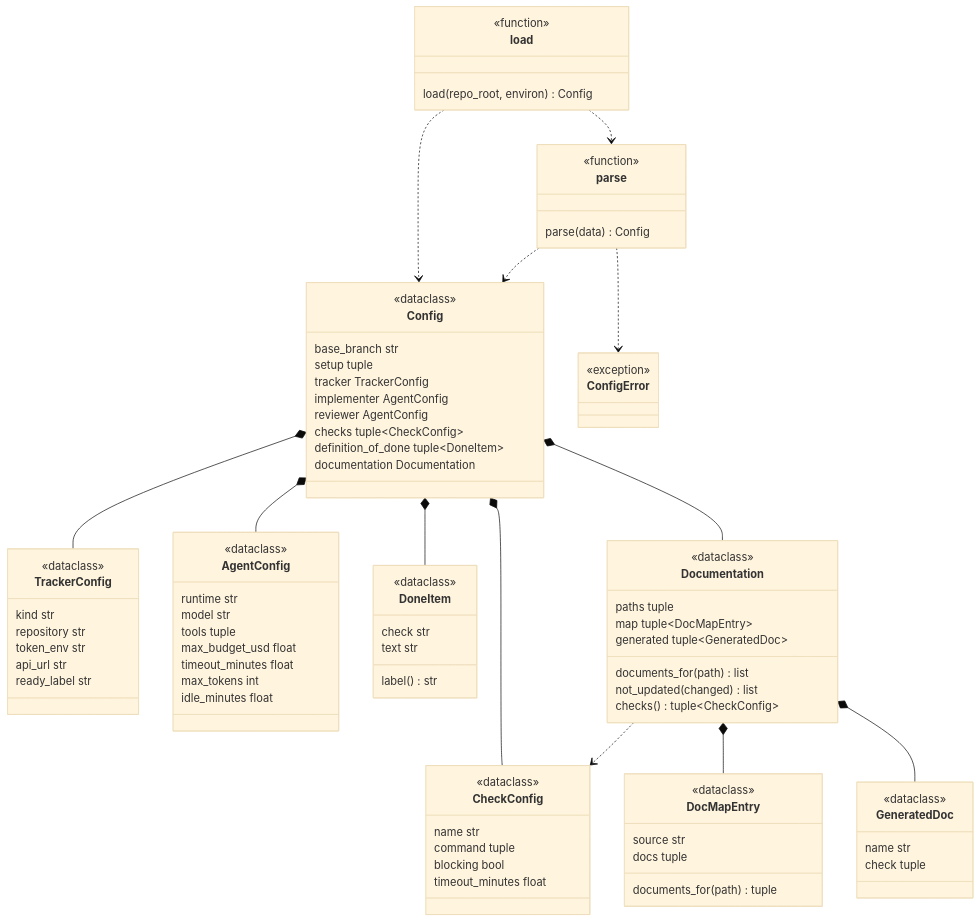
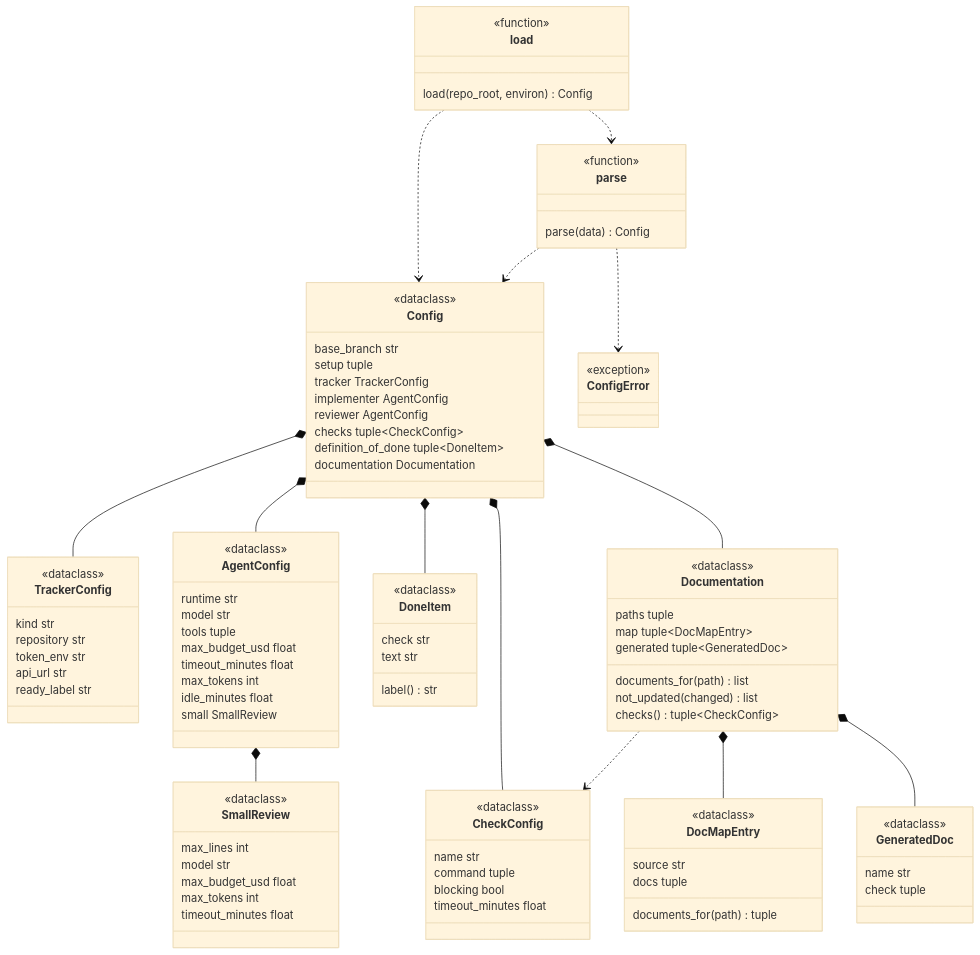
One commit to plaplanche/ariane changed the second of 3 diagrams in docs/architecture/modules/config.md. Above: the diagram before and after it, drawn with Mermaid (base theme). The commit also changed other lines of this file and 18 other files, not shown here.

Commit message:
#137: Size the review to the change: optional reviewer settings and a narrower prompt for small diffs (C10, C5, C19)

```diff
--- a/docs/architecture/modules/config.md
+++ b/docs/architecture/modules/config.md
@@ -87,6 +89,15 @@
   timeout_minutes float
   max_tokens int
   idle_minutes float
+  small SmallReview
+}
+class SmallReview {
+  <<dataclass>>
+  max_lines int
+  model str
+  max_budget_usd float
+  max_tokens int
+  timeout_minutes float
 }
 class CheckConfig {
   <<dataclass>>
@@ -134,6 +145,7 @@
 }
 Config *-- TrackerConfig
 Config *-- AgentConfig
+AgentConfig *-- SmallReview
 Config *-- CheckConfig
 Config *-- DoneItem
 Config *-- Documentation
```
